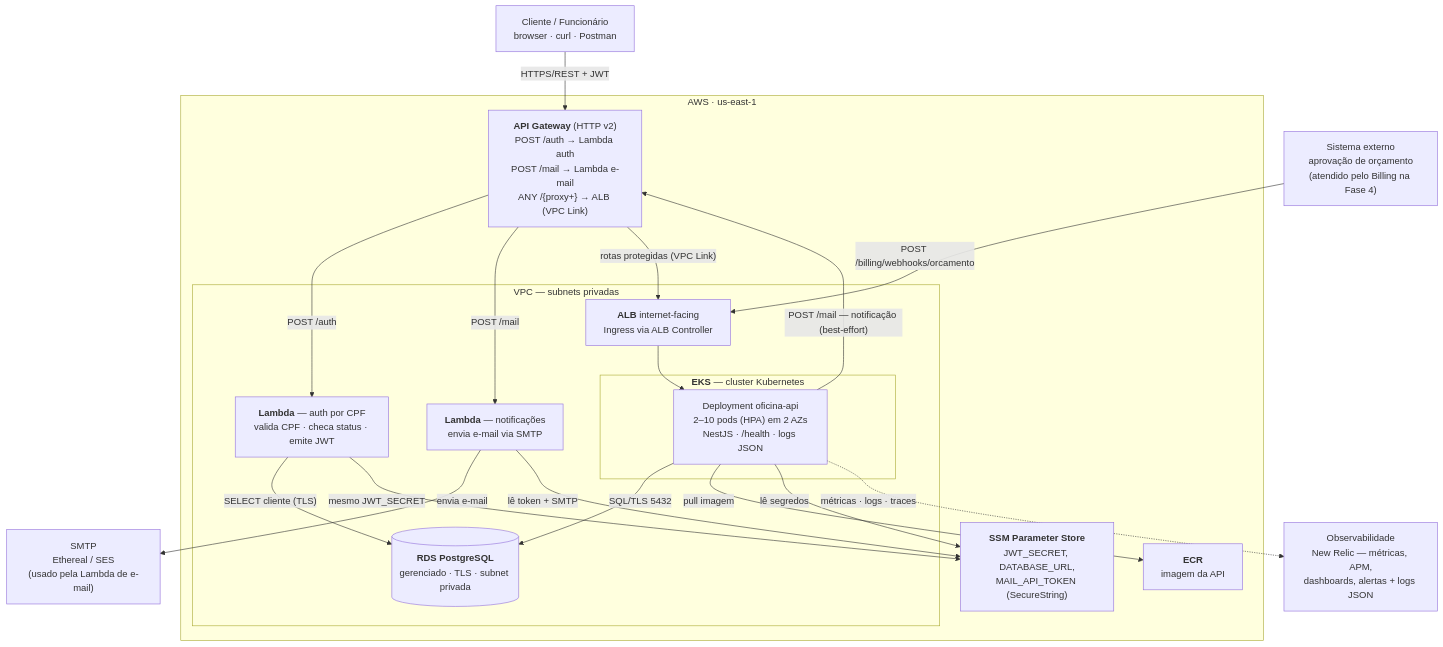
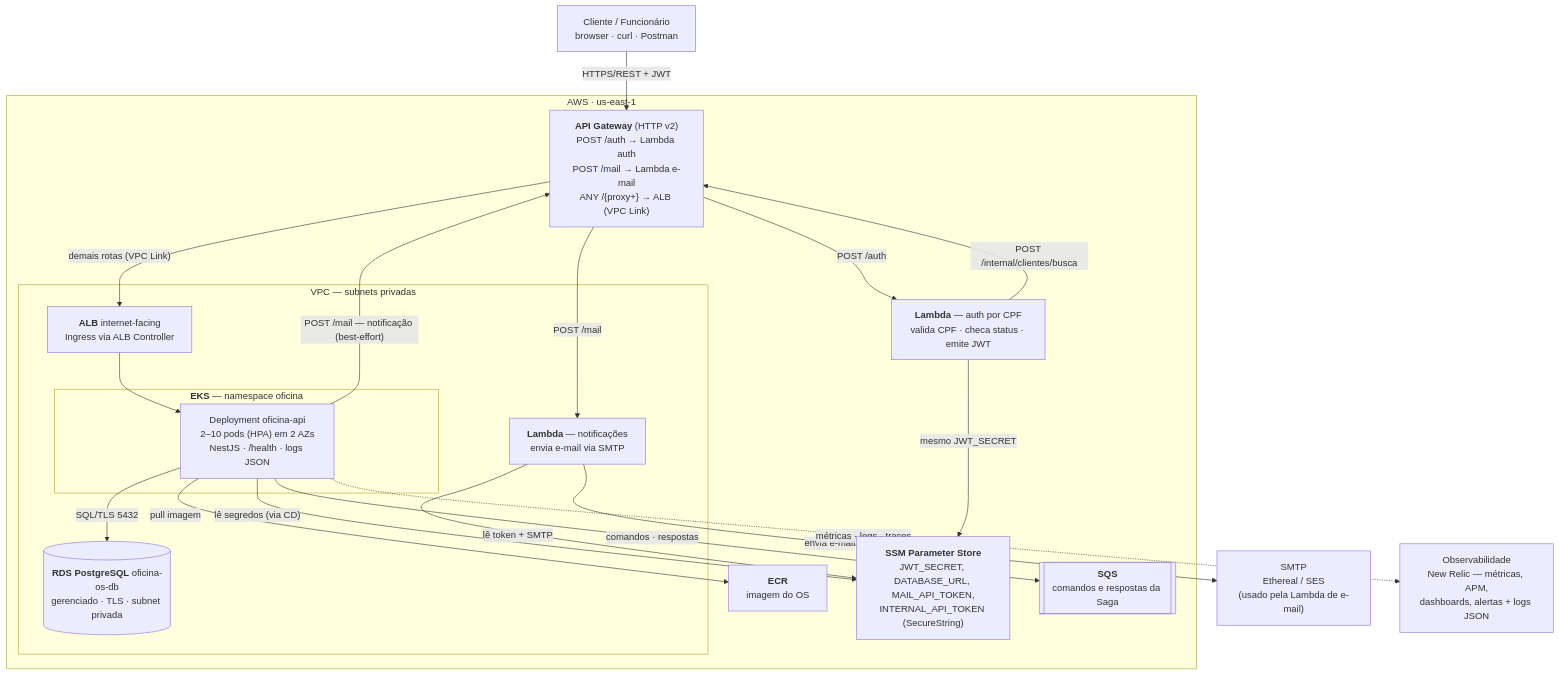
The fifth of 12 diagrams in README.md (fiap-soat-oficina-tech-challenge/tech-challenge-fiap), drawn with Mermaid before and after one commit. The commit also changed other lines of this file and 5 other files, not shown here.

````diff
--- a/README.md
+++ b/README.md
@@ -348,41 +416,41 @@
 ```mermaid
 graph TB
     Cliente["Cliente / Funcionário<br/>browser · curl · Postman"]
-    Webhook["Sistema externo<br/>aprovação de orçamento<br/>(atendido pelo Billing na Fase 4)"]
     SMTP["SMTP<br/>Ethereal / SES<br/>(usado pela Lambda de e-mail)"]
     Obs["Observabilidade<br/>New Relic — métricas, APM,<br/>dashboards, alertas + logs JSON"]
 
     subgraph AWS["AWS · us-east-1"]
         GW["<b>API Gateway</b> (HTTP v2)<br/>POST /auth → Lambda auth<br/>POST /mail → Lambda e-mail<br/>ANY /#123;proxy+#125; → ALB (VPC Link)"]
-        ECR["<b>ECR</b><br/>imagem da API"]
-        SSM["<b>SSM Parameter Store</b><br/>JWT_SECRET, DATABASE_URL,<br/>MAIL_API_TOKEN (SecureString)"]
+        LambdaAuth["<b>Lambda</b> — auth por CPF<br/>valida CPF · checa status · emite JWT"]
+        ECR["<b>ECR</b><br/>imagem do OS"]
+        SSM["<b>SSM Parameter Store</b><br/>JWT_SECRET, DATABASE_URL, MAIL_API_TOKEN,<br/>INTERNAL_API_TOKEN (SecureString)"]
+        SQS[["<b>SQS</b><br/>comandos e respostas da Saga"]]
 
         subgraph VPC["VPC — subnets privadas"]
-            LambdaAuth["<b>Lambda</b> — auth por CPF<br/>valida CPF · checa status · emite JWT"]
             LambdaMail["<b>Lambda</b> — notificações<br/>envia e-mail via SMTP"]
             ALB["<b>ALB</b> internet-facing<br/>Ingress via ALB Controller"]
 
-            subgraph EKS["<b>EKS</b> — cluster Kubernetes"]
+            subgraph EKS["<b>EKS</b> — namespace oficina"]
                 Pods["Deployment oficina-api<br/>2–10 pods (HPA) em 2 AZs<br/>NestJS · /health · logs JSON"]
             end
 
-            RDS[("<b>RDS PostgreSQL</b><br/>gerenciado · TLS · subnet privada")]
+            RDS[("<b>RDS PostgreSQL</b> oficina-os-db<br/>gerenciado · TLS · subnet privada")]
         end
     end
 
     Cliente -->|"HTTPS/REST + JWT"| GW
     GW -->|"POST /auth"| LambdaAuth
     GW -->|"POST /mail"| LambdaMail
-    GW -->|"rotas protegidas (VPC Link)"| ALB
+    GW -->|"demais rotas (VPC Link)"| ALB
     ALB --> Pods
-    LambdaAuth -->|"SELECT cliente (TLS)"| RDS
+    LambdaAuth -->|"POST /internal/clientes/busca"| GW
+    LambdaAuth -->|"mesmo JWT_SECRET"| SSM
     Pods -->|"SQL/TLS 5432"| RDS
+    Pods -->|"comandos · respostas"| SQS
     Pods -->|"pull imagem"| ECR
-    Pods -->|"lê segredos"| SSM
-    LambdaAuth -->|"mesmo JWT_SECRET"| SSM
+    Pods -->|"lê segredos (via CD)"| SSM
     Pods -->|"POST /mail — notificação (best-effort)"| GW
     LambdaMail -->|"envia e-mail"| SMTP
     LambdaMail -->|"lê token + SMTP"| SSM
-    Webhook -->|"POST /billing/webhooks/orcamento"| ALB
     Pods -.->|"métricas · logs · traces"| Obs
 ```
````
